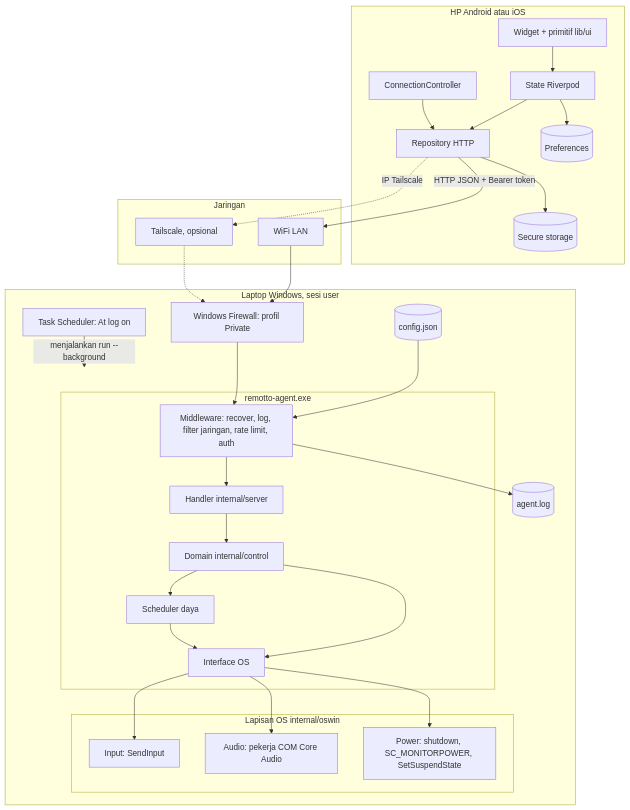
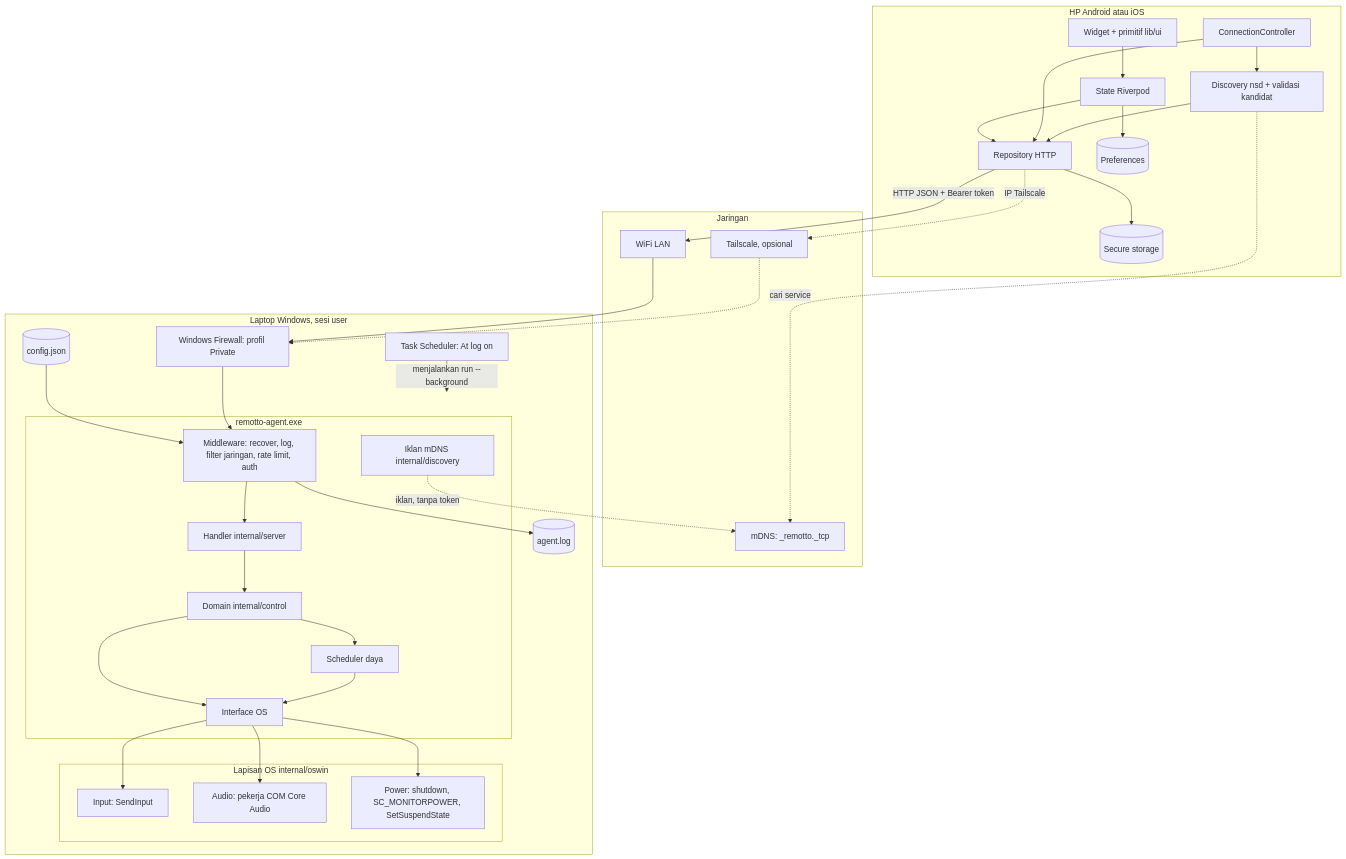
One commit to rzkykamil/remotto changed the diagram in docs/flows/system-architecture.md. Above: the diagram before and after it, drawn with Mermaid. The commit also changed other lines of this file and 7 other files, not shown here.

````diff
--- a/docs/flows/system-architecture.md
+++ b/docs/flows/system-architecture.md
@@ -3,57 +3,64 @@
 ```mermaid
 flowchart TB
   subgraph HP[HP Android atau iOS]
     UI[Widget + primitif lib/ui]
     ST[State Riverpod]
     CC[ConnectionController]
     RP[Repository HTTP]
     SS[(Secure storage)]
     PF[(Preferences)]
+    DS[Discovery nsd + validasi kandidat]
     UI --> ST
     ST --> RP
     CC --> RP
+    CC --> DS
+    DS --> RP
     ST --> PF
     RP --> SS
   end
 
   subgraph NET[Jaringan]
     LAN[WiFi LAN]
+    MD[mDNS: _remotto._tcp]
     TS[Tailscale, opsional]
   end
 
   subgraph WIN[Laptop Windows, sesi user]
     TSK[Task Scheduler: At log on]
     subgraph AG[remotto-agent.exe]
       MW[Middleware: recover, log, filter jaringan, rate limit, auth]
       H[Handler internal/server]
       D[Domain internal/control]
       SC[Scheduler daya]
       FK[Interface OS]
+      DA[Iklan mDNS internal/discovery]
       MW --> H
       H --> D
       D --> SC
       D --> FK
       SC --> FK
     end
     subgraph OSL[Lapisan OS internal/oswin]
       IN[Input: SendInput]
       AU[Audio: pekerja COM Core Audio]
       PW[Power: shutdown, SC_MONITORPOWER, SetSuspendState]
     end
     CFG[(config.json)]
     LOG[(agent.log)]
     FW[Windows Firewall: profil Private]
     FK --> IN
     FK --> AU
     FK --> PW
     MW --> LOG
     CFG --> MW
     TSK -->|menjalankan run --background| AG
   end
 
   RP -->|HTTP JSON + Bearer token| LAN
   RP -.->|IP Tailscale| TS
+  DS -.->|cari service| MD
+  DA -.->|iklan, tanpa token| MD
   LAN --> FW
   TS -.-> FW
   FW --> MW
 ```
````
